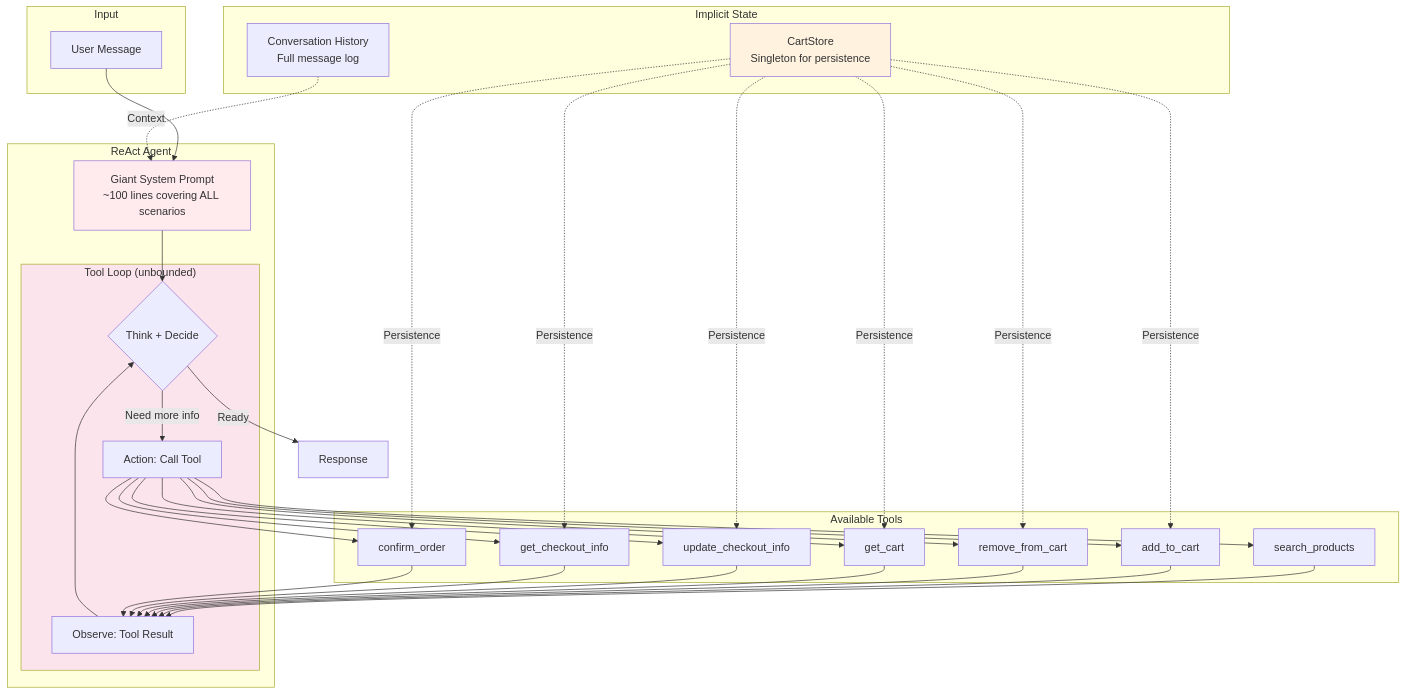
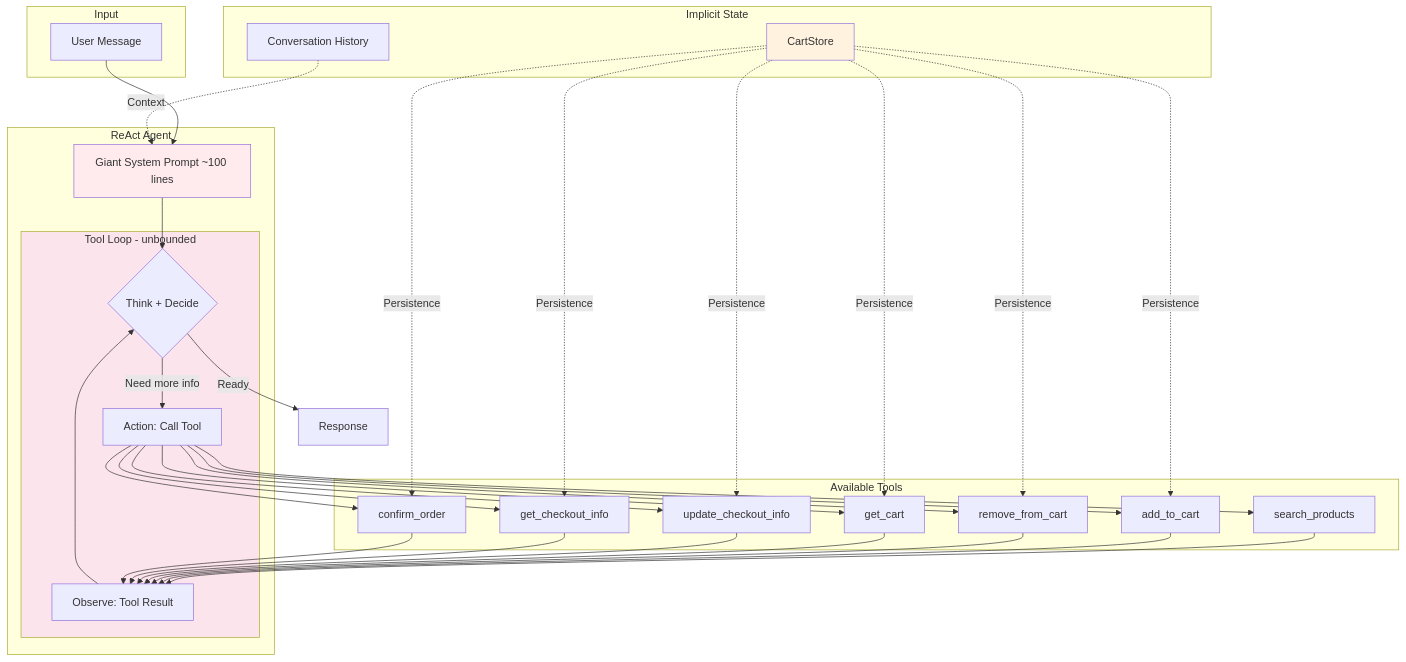
The third of 3 diagrams in llm_stage_routing_aiseller/README.md (TAOGenna/experiments-pocs), drawn with Mermaid before and after one commit. The commit also changed other lines of this file, not shown here.

````diff
--- a/llm_stage_routing_aiseller/README.md
+++ b/llm_stage_routing_aiseller/README.md
@@ -95,46 +150,46 @@
 ```mermaid
 flowchart TB
     subgraph Input
         U[User Message]
     end
 
     subgraph Agent["ReAct Agent"]
-        P[Giant System Prompt<br/>~100 lines covering ALL scenarios]
+        P["Giant System Prompt ~100 lines"]
         
-        subgraph Loop["Tool Loop (unbounded)"]
+        subgraph Loop["Tool Loop - unbounded"]
             T{Think + Decide}
-            A[Action: Call Tool]
-            O[Observe: Tool Result]
+            A["Action: Call Tool"]
+            O["Observe: Tool Result"]
         end
     end
 
     subgraph Tools["Available Tools"]
-        T1[search_products]
-        T2[add_to_cart]
-        T3[remove_from_cart]
-        T4[get_cart]
-        T5[update_checkout_info]
-        T6[get_checkout_info]
-        T7[confirm_order]
+        T1["search_products"]
+        T2["add_to_cart"]
+        T3["remove_from_cart"]
+        T4["get_cart"]
+        T5["update_checkout_info"]
+        T6["get_checkout_info"]
+        T7["confirm_order"]
     end
 
     subgraph State["Implicit State"]
-        H[Conversation History<br/>Full message log]
-        CS[CartStore<br/>Singleton for persistence]
+        H["Conversation History"]
+        CS["CartStore"]
     end
 
     U --> P
     P --> T
     T -->|Need more info| A
     A --> T1 & T2 & T3 & T4 & T5 & T6 & T7
     T1 & T2 & T3 & T4 & T5 & T6 & T7 --> O
     O --> T
     T -->|Ready| R[Response]
 
     H -.->|Context| P
     CS -.->|Persistence| T2 & T3 & T4 & T5 & T6 & T7
 
     style P fill:#ffebee
     style Loop fill:#fce4ec
     style CS fill:#fff3e0
 ```
````
